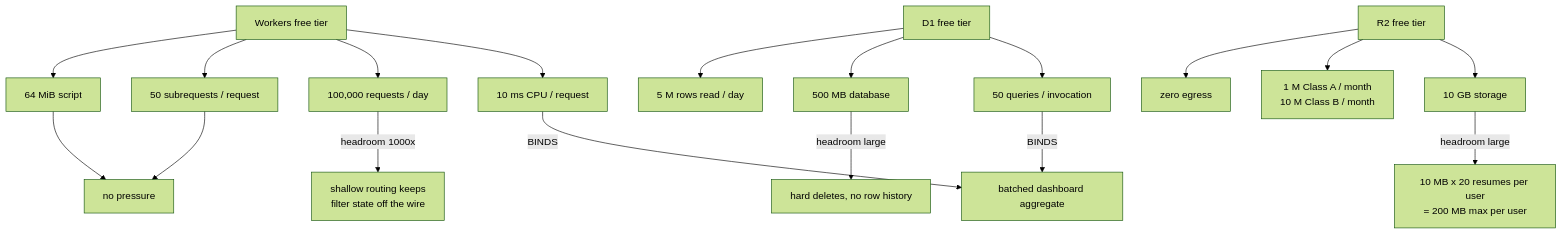
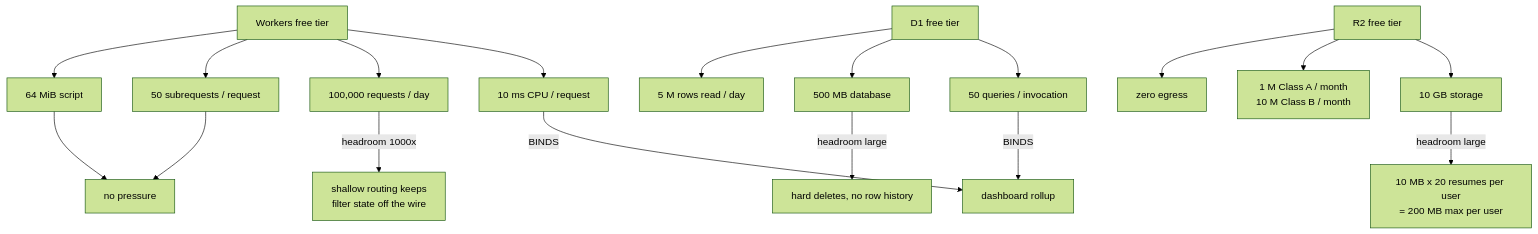
The first of 5 diagrams in docs/free-tier-budget.md (c0k0n/job-tracker), drawn with Mermaid (forest theme) before and after one commit. The commit also changed other lines of this file and 16 other files, not shown here.

````diff
--- a/docs/free-tier-budget.md
+++ b/docs/free-tier-budget.md
@@ -12,19 +12,19 @@
 ```mermaid
 flowchart TD
     A["Workers free tier"] --> B["10 ms CPU / request"]
     A --> C["100,000 requests / day"]
     A --> D["50 subrequests / request"]
     A --> E["64 MiB script"]
     F["D1 free tier"] --> G["50 queries / invocation"]
     F --> H["500 MB database"]
     F --> I["5 M rows read / day"]
     N["R2 free tier"] --> O["10 GB storage"]
     N --> P["1 M Class A / month<br/>10 M Class B / month"]
     N --> Q["zero egress"]
-    B -->|"BINDS"| J["batched dashboard aggregate"]
+    B -->|"BINDS"| J["dashboard rollup"]
     G -->|"BINDS"| J
     C -->|"headroom 1000x"| K["shallow routing keeps<br/>filter state off the wire"]
     H -->|"headroom large"| L["hard deletes, no row history"]
     O -->|"headroom large"| R["10 MB x 20 resumes per user<br/>= 200 MB max per user"]
     E & D --> M["no pressure"]
 ```
````
